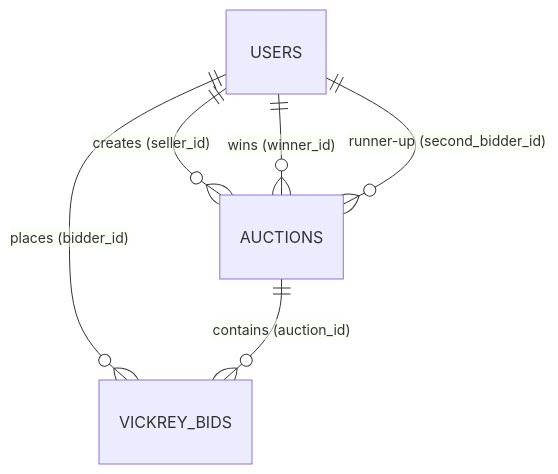
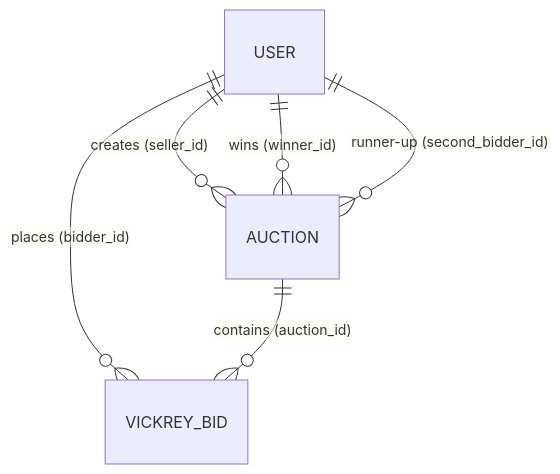
One commit to MihnixArch0n/Kronyka changed the diagram in docs/llm/DATABASE_SCHEMA.md. Above: the diagram before and after it, drawn with Mermaid. The commit also changed other lines of this file and 3 other files, not shown here.

First line of the commit message:
docs(schema): update database table references to singular form

````diff
--- a/docs/llm/DATABASE_SCHEMA.md
+++ b/docs/llm/DATABASE_SCHEMA.md
@@ -10,8 +10,8 @@
 ```mermaid
 erDiagram
-    USERS ||--o{ AUCTIONS : "creates (seller_id)"
-    USERS ||--o{ AUCTIONS : "wins (winner_id)"
-    USERS ||--o{ AUCTIONS : "runner-up (second_bidder_id)"
-    USERS ||--o{ VICKREY_BIDS : "places (bidder_id)"
-    AUCTIONS ||--o{ VICKREY_BIDS : "contains (auction_id)"
+    USER ||--o{ AUCTION : "creates (seller_id)"
+    USER ||--o{ AUCTION : "wins (winner_id)"
+    USER ||--o{ AUCTION : "runner-up (second_bidder_id)"
+    USER ||--o{ VICKREY_BID : "places (bidder_id)"
+    AUCTION ||--o{ VICKREY_BID : "contains (auction_id)"
 ```
````
